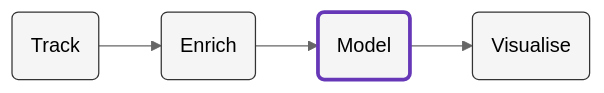
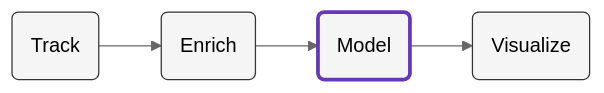
Before and after one commit to snowplow-incubator/consent-tracking-accelerator: the diagram in content/modeling/_index.md, drawn with Mermaid (neutral theme). The commit also changed 7 other files, not shown here.

```diff
--- a/content/modeling/_index.md
+++ b/content/modeling/_index.md
@@ -12,9 +12,9 @@
 {{<mermaid>}}
 flowchart LR
-    id1(Track)-->id2(Enrich)-->id3(Model)-->id4(Visualise)
+    id1(Track)-->id2(Enrich)-->id3(Model)-->id4(Visualize)
     style id1 fill:#f5f5f5,stroke:#333,stroke-width:1px
     style id2 fill:#f5f5f5,stroke:#333,stroke-width:1px
     style id3 fill:#f5f5f5,stroke:#6638B8,stroke-width:3px
     style id4 fill:#f5f5f5,stroke:#333,stroke-width:1px
 
 {{</mermaid >}}
```
